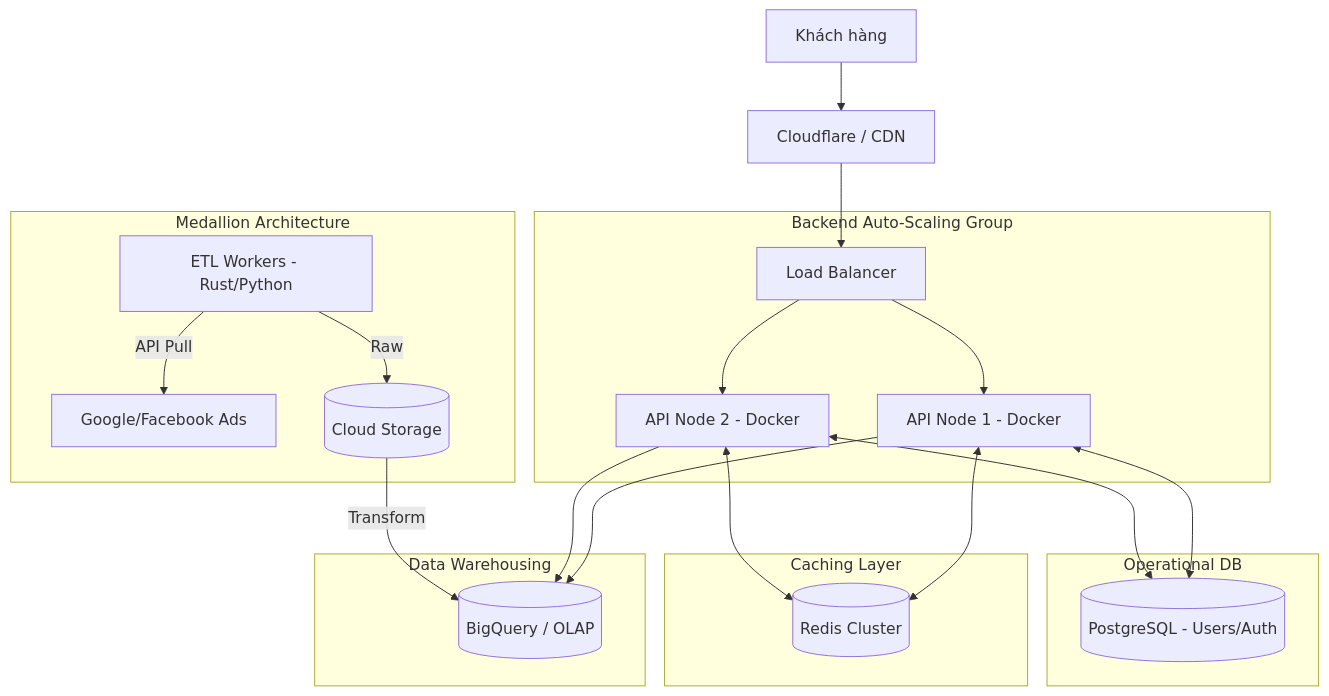
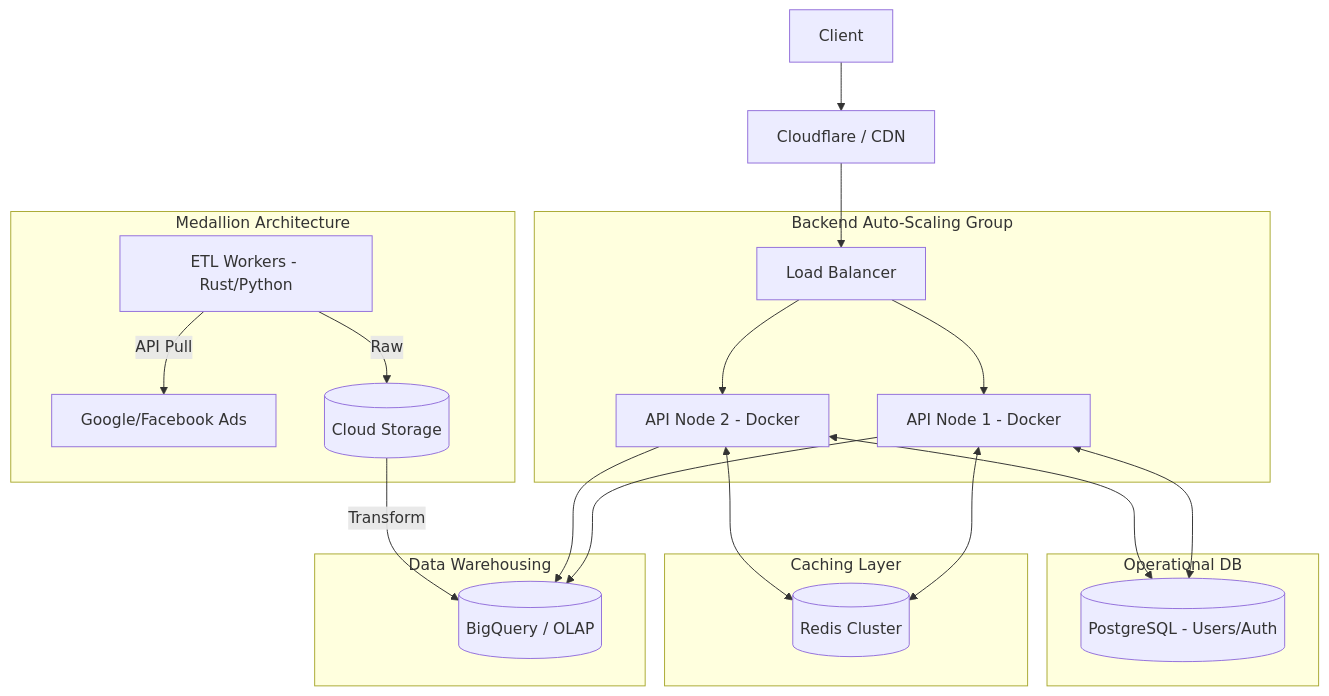
The diagram in src/data/blog/en/61-2026-09-28-optimizing-the-ad-performance-reporting-system-for-1000-ccu.md (ga2631/ga2631.github.io), drawn with Mermaid before and after one commit. The commit also changed other lines of this file and 74 other files, not shown here.

````diff
--- a/src/data/blog/en/61-2026-09-28-optimizing-the-ad-performance-reporting-system-for-1000-ccu.md
+++ b/src/data/blog/en/61-2026-09-28-optimizing-the-ad-performance-reporting-system-for-1000-ccu.md
@@ -34,31 +34,31 @@
 ```mermaid
 graph TD
-    Client[Khách hàng] --> CDN[Cloudflare / CDN]
+    Client[Client] --> CDN[Cloudflare / CDN]
     CDN --> LB[Load Balancer]
 
     subgraph App Cluster [Backend Auto-Scaling Group]
         LB --> API1[API Node 1 - Docker]
         LB --> API2[API Node 2 - Docker]
     end
 
     subgraph Caching Layer
         API1 <--> Redis[(Redis Cluster)]
         API2 <--> Redis
     end
 
     subgraph Data Warehousing
         API1 --> BQ[(BigQuery / OLAP)]
         API2 --> BQ
     end
 
     subgraph Operational DB
         API1 <--> PG[(PostgreSQL - Users/Auth)]
         API2 <--> PG
     end
 
     subgraph Data Pipeline [Medallion Architecture]
         Extract[ETL Workers - Rust/Python] -->|API Pull| AdNetworks[Google/Facebook Ads]
         Extract -->|Raw| Datalake[(Cloud Storage)]
         Datalake -->|Transform| BQ
     end
 ```
````
